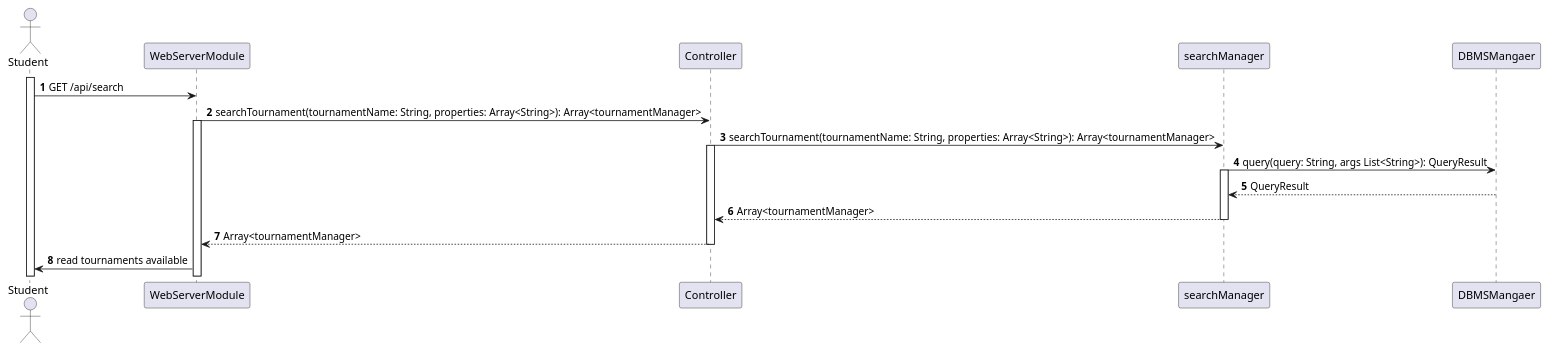
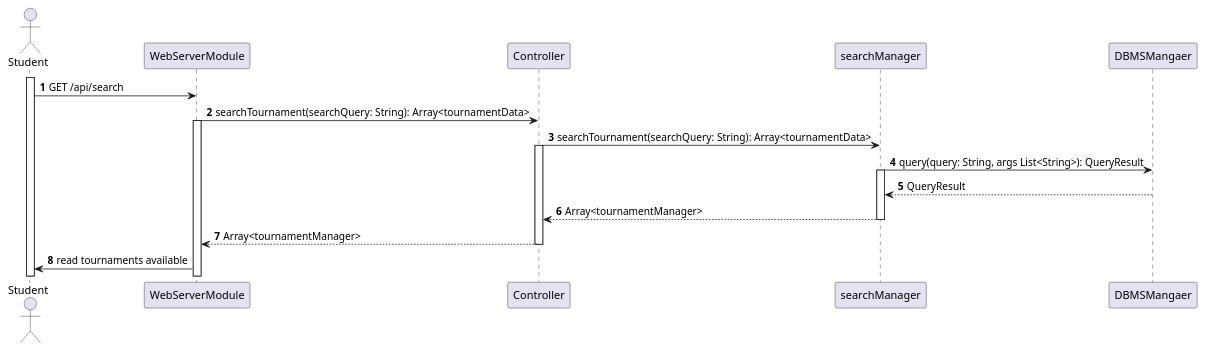
One commit to Angelo7672/SE2_Requirement-and-Design-Document changed the diagram in _DD/Images/sequenceDiagrams/studentSearchesForTournament.wsd. Above: the diagram before and after it, drawn with PlantUML. The commit also changed 6 other files, not shown here.

Commit message:
SD entiched and corrected, typos in architecturalDesign and userInterfaceDesign

```diff
--- a/_DD/Images/sequenceDiagrams/studentSearchesForTournament.wsd
+++ b/_DD/Images/sequenceDiagrams/studentSearchesForTournament.wsd
@@ -1,28 +1,28 @@
 @startuml
 
 autonumber
 actor Student as U
 participant searchManager as SM
 participant WebServerModule as WS
 participant Controller as C
 participant searchMangaer as SM
 participant DBMSMangaer as DBMS
 
 activate U
 U->WS: GET /api/search
-WS->C: searchTournament(tournamentName: String, properties: Array<String>): Array<tournamentManager>
+WS->C: searchTournament(searchQuery: String): Array<tournamentData>
 activate WS 
-C->SM: searchTournament(tournamentName: String, properties: Array<String>): Array<tournamentManager>
+C->SM: searchTournament(searchQuery: String): Array<tournamentData>
 activate C
 SM->DBMS: query(query: String, args List<String>): QueryResult
 activate SM
 DBMS-->SM: QueryResult
 SM-->C: Array<tournamentManager>
 deactivate SM
 C-->WS: Array<tournamentManager>
 deactivate C
 WS->U: read tournaments available
 
 
 
 @enduml
```
